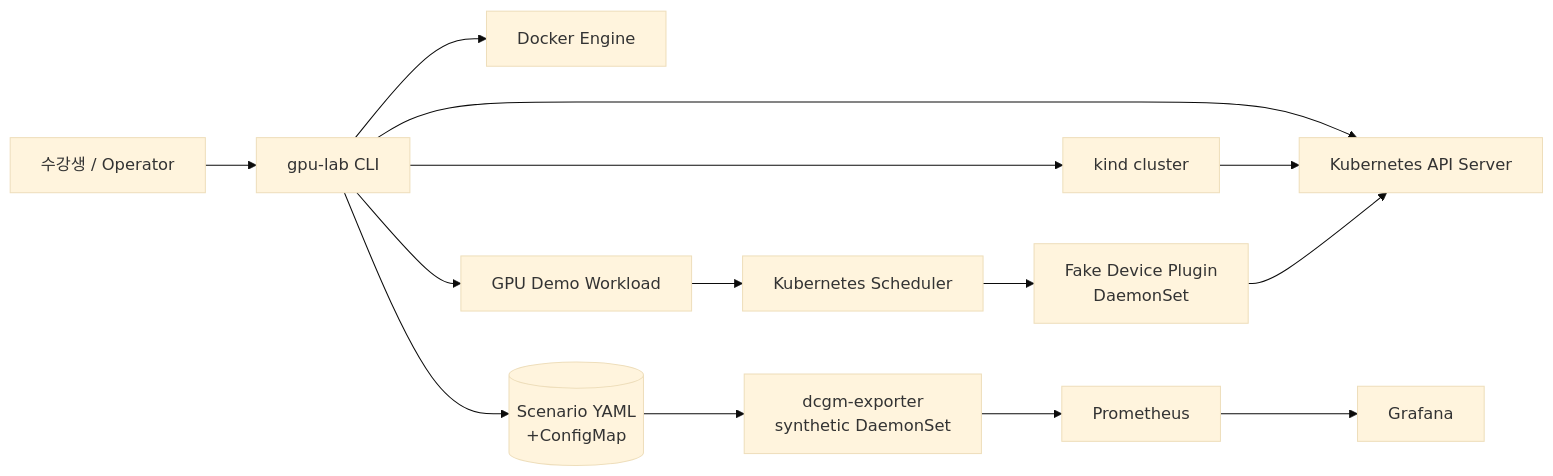
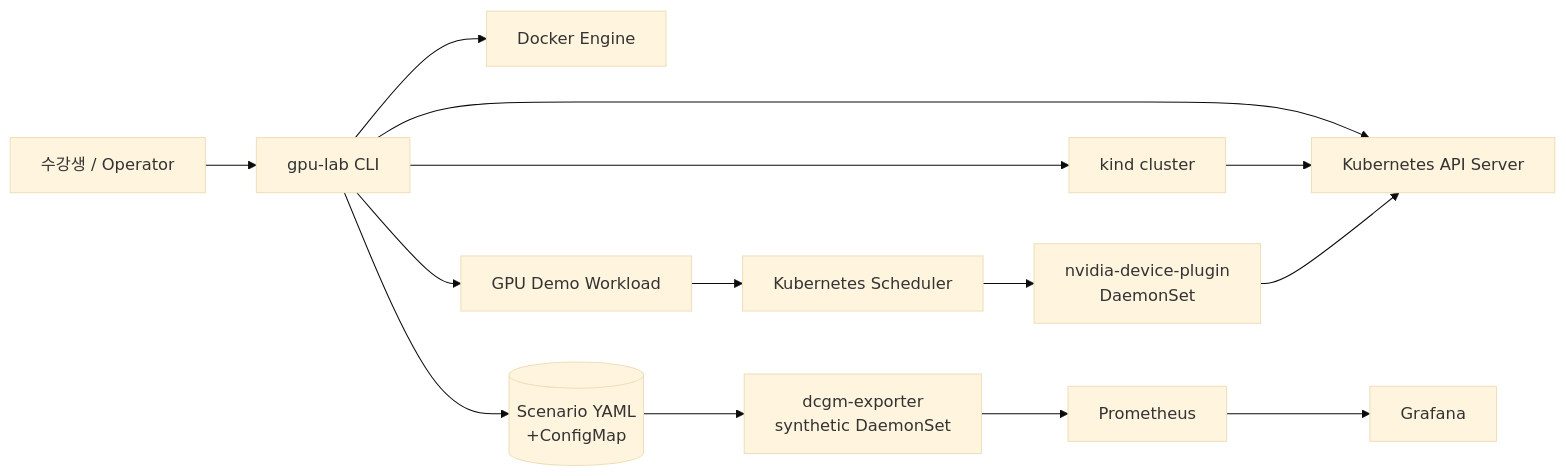
Before and after one commit to yhkim8046/gpu_labs: the diagram in docs/architecture.md, drawn with Mermaid (base theme). The commit also changed other lines of this file and 8 other files, not shown here.

Commit message:
feat: rename device plugin as nvidia-device-plugin

````diff
--- a/docs/architecture.md
+++ b/docs/architecture.md
@@ -77,29 +77,29 @@
 ```mermaid
 flowchart LR
     User[수강생 / Operator]
     CLI[gpu-lab CLI]
     Docker[Docker Engine]
     Kind[kind cluster]
     KubeAPI[Kubernetes API Server]
     Scheduler[Kubernetes Scheduler]
-    Plugin[Fake Device Plugin\nDaemonSet]
+    Plugin[nvidia-device-plugin\nDaemonSet]
     Exporter[dcgm-exporter\nsynthetic DaemonSet]
     Prom[Prometheus]
     Grafana[Grafana]
     Scenario[(Scenario YAML\n+ConfigMap)]
     Workload[GPU Demo Workload]
 
     User --> CLI
     CLI --> Docker
     CLI --> Kind
     CLI --> KubeAPI
     CLI --> Scenario
     CLI --> Workload
     Kind --> KubeAPI
     Scheduler --> Plugin
     Plugin --> KubeAPI
     Scenario --> Exporter
     Exporter --> Prom
     Prom --> Grafana
     Workload --> Scheduler
 ```
````
